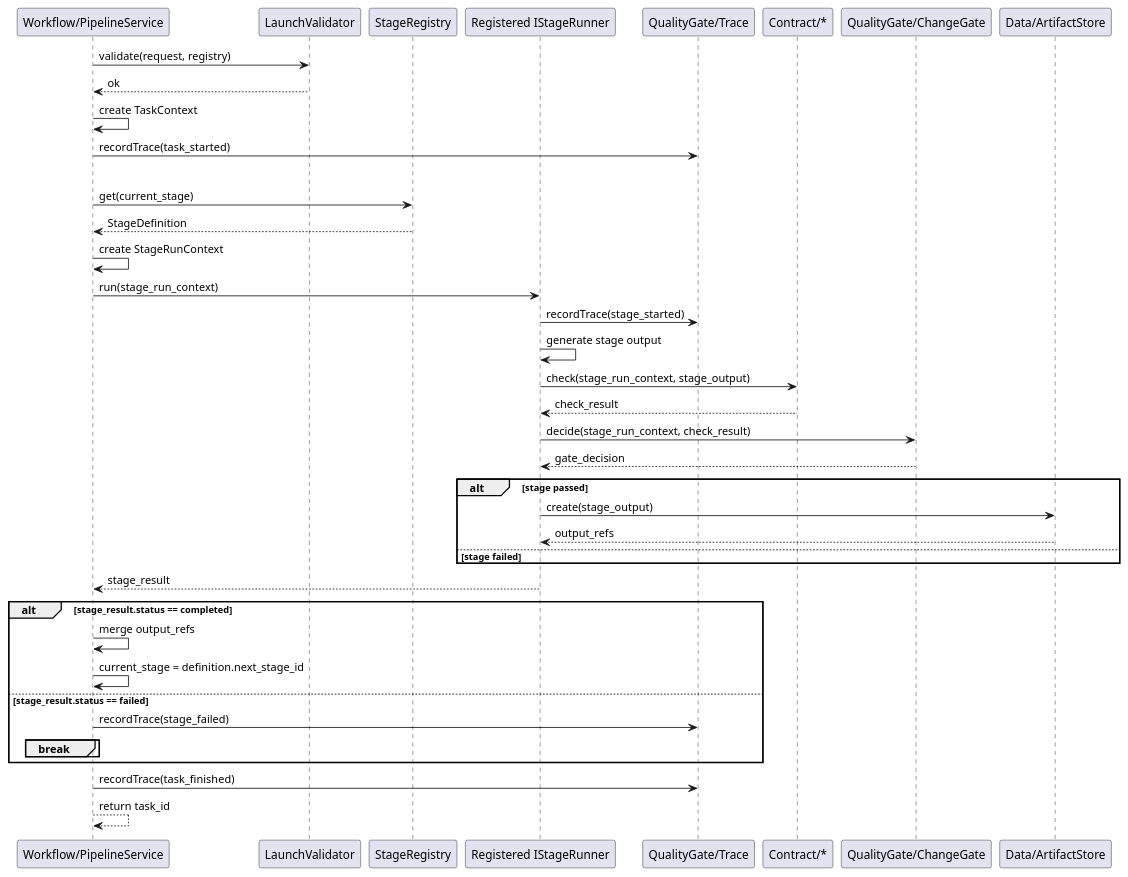
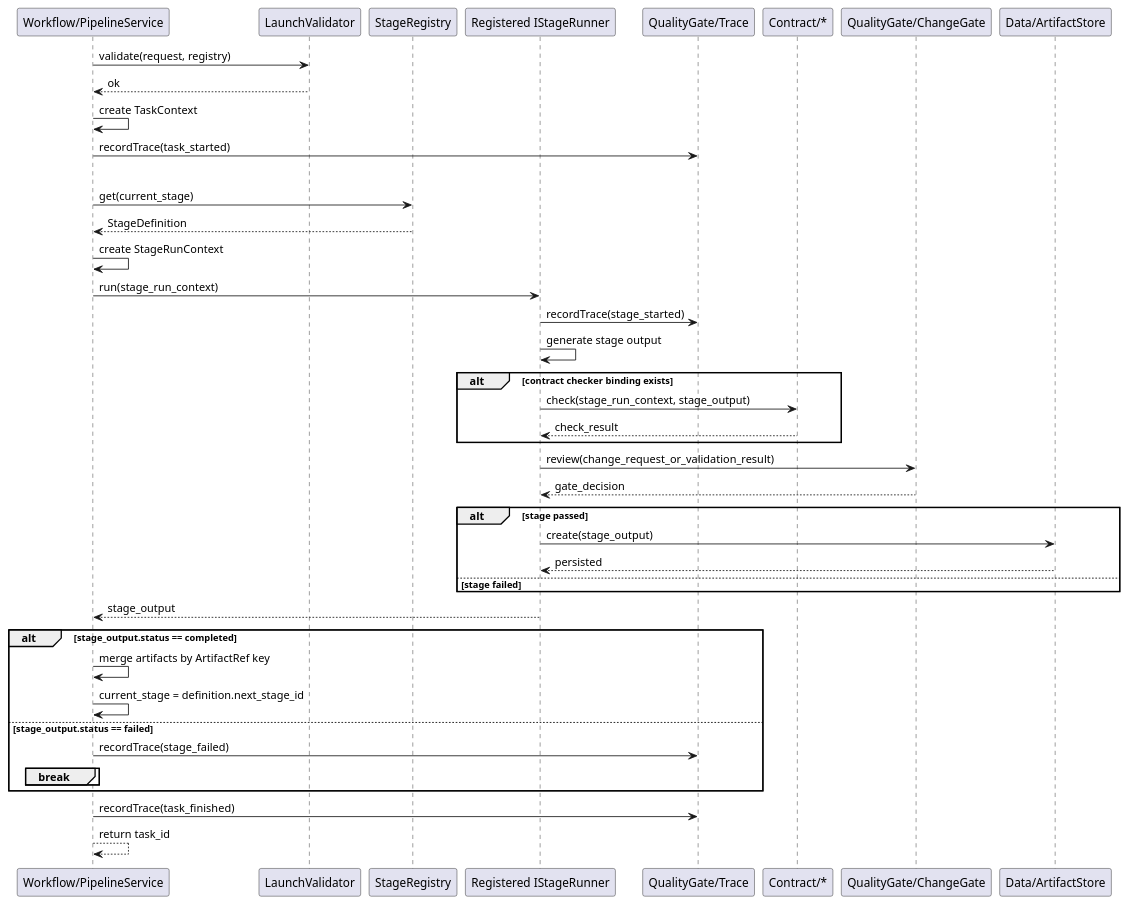
The third of 4 diagrams in meta_layer/docs/design_docs/Workflow/Pipeline.md (lucky-chen/ai_workflow_travel), drawn with PlantUML before and after one commit. The commit also changed other lines of this file and 18 other files, not shown here.

````diff
--- a/meta_layer/docs/design_docs/Workflow/Pipeline.md
+++ b/meta_layer/docs/design_docs/Workflow/Pipeline.md
@@ -186,49 +245,51 @@
 ```plantuml
 @startuml
 participant PipelineService as "Workflow/PipelineService"
 participant LaunchValidator
 participant StageRegistry
 participant IStageRunner as "Registered IStageRunner"
 participant ITraceRecorder as "QualityGate/Trace"
 participant IContractChecker as "Contract/*"
 participant IChangeGate as "QualityGate/ChangeGate"
 participant IArtifactStore as "Data/ArtifactStore"
 
 PipelineService -> LaunchValidator: validate(request, registry)
 LaunchValidator --> PipelineService: ok
 PipelineService -> PipelineService: create TaskContext
 PipelineService -> ITraceRecorder: recordTrace(task_started)
 
 loop for each stage
   PipelineService -> StageRegistry: get(current_stage)
   StageRegistry --> PipelineService: StageDefinition
   PipelineService -> PipelineService: create StageRunContext
   PipelineService -> IStageRunner: run(stage_run_context)
   IStageRunner -> ITraceRecorder: recordTrace(stage_started)
   IStageRunner -> IStageRunner: generate stage output
-  IStageRunner -> IContractChecker: check(stage_run_context, stage_output)
-  IContractChecker --> IStageRunner: check_result
-  IStageRunner -> IChangeGate: decide(stage_run_context, check_result)
+  alt contract checker binding exists
+    IStageRunner -> IContractChecker: check(stage_run_context, stage_output)
+    IContractChecker --> IStageRunner: check_result
+  end
+  IStageRunner -> IChangeGate: review(change_request_or_validation_result)
   IChangeGate --> IStageRunner: gate_decision
 
   alt stage passed
-    IStageRunner -> IArtifactStore: create(stage_output)
-    IArtifactStore --> IStageRunner: output_refs
+  IStageRunner -> IArtifactStore: create(stage_output)
+  IArtifactStore --> IStageRunner: persisted
   else stage failed
   end
 
-  IStageRunner --> PipelineService: stage_result
+  IStageRunner --> PipelineService: stage_output
 
-  alt stage_result.status == completed
-    PipelineService -> PipelineService: merge output_refs
+  alt stage_output.status == completed
+    PipelineService -> PipelineService: merge artifacts by ArtifactRef key
     PipelineService -> PipelineService: current_stage = definition.next_stage_id
-  else stage_result.status == failed
+  else stage_output.status == failed
     PipelineService -> ITraceRecorder: recordTrace(stage_failed)
     break
   end
 end
 
 PipelineService -> ITraceRecorder: recordTrace(task_finished)
 PipelineService --> PipelineService: return task_id
 @enduml
 ```
````
